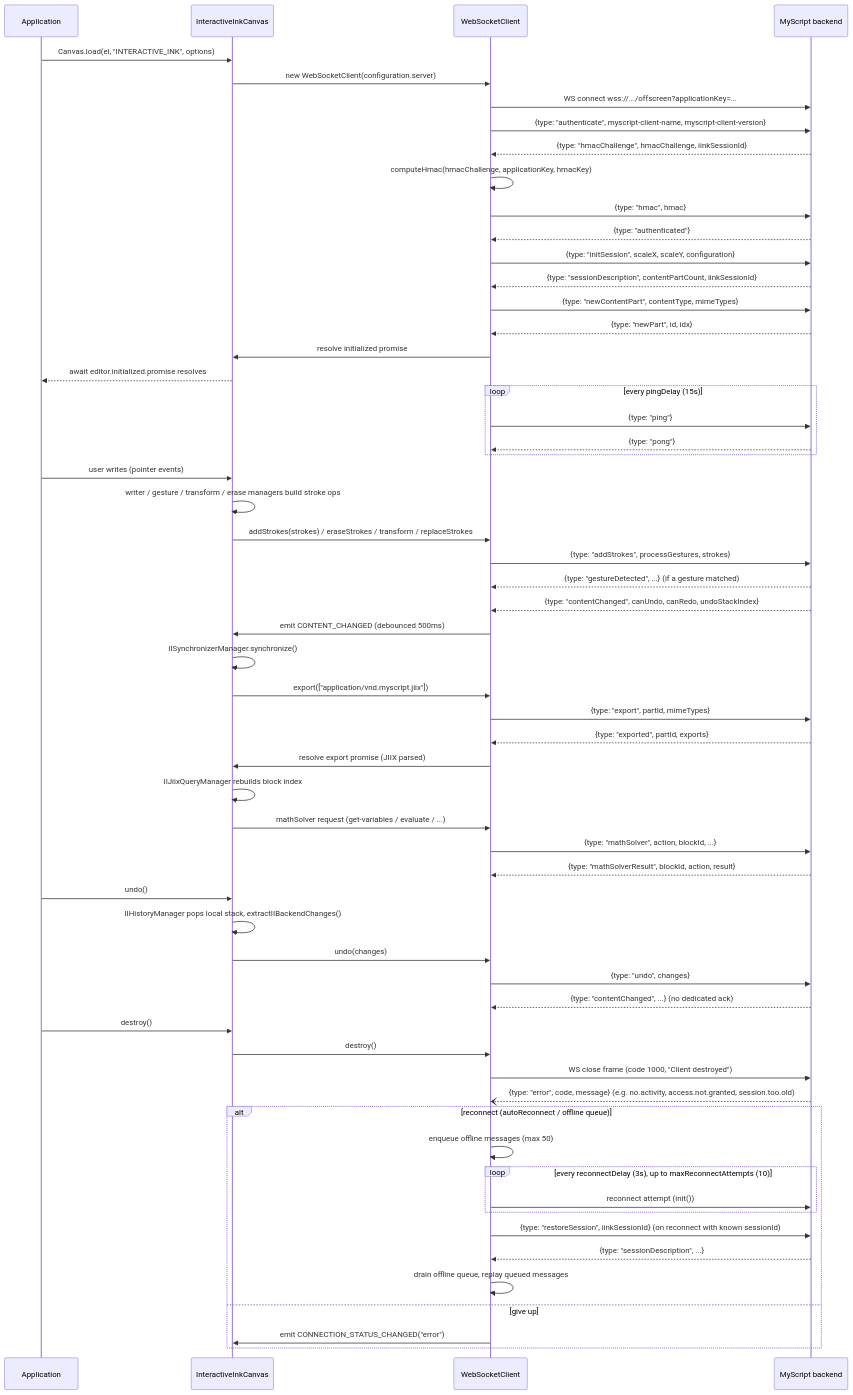
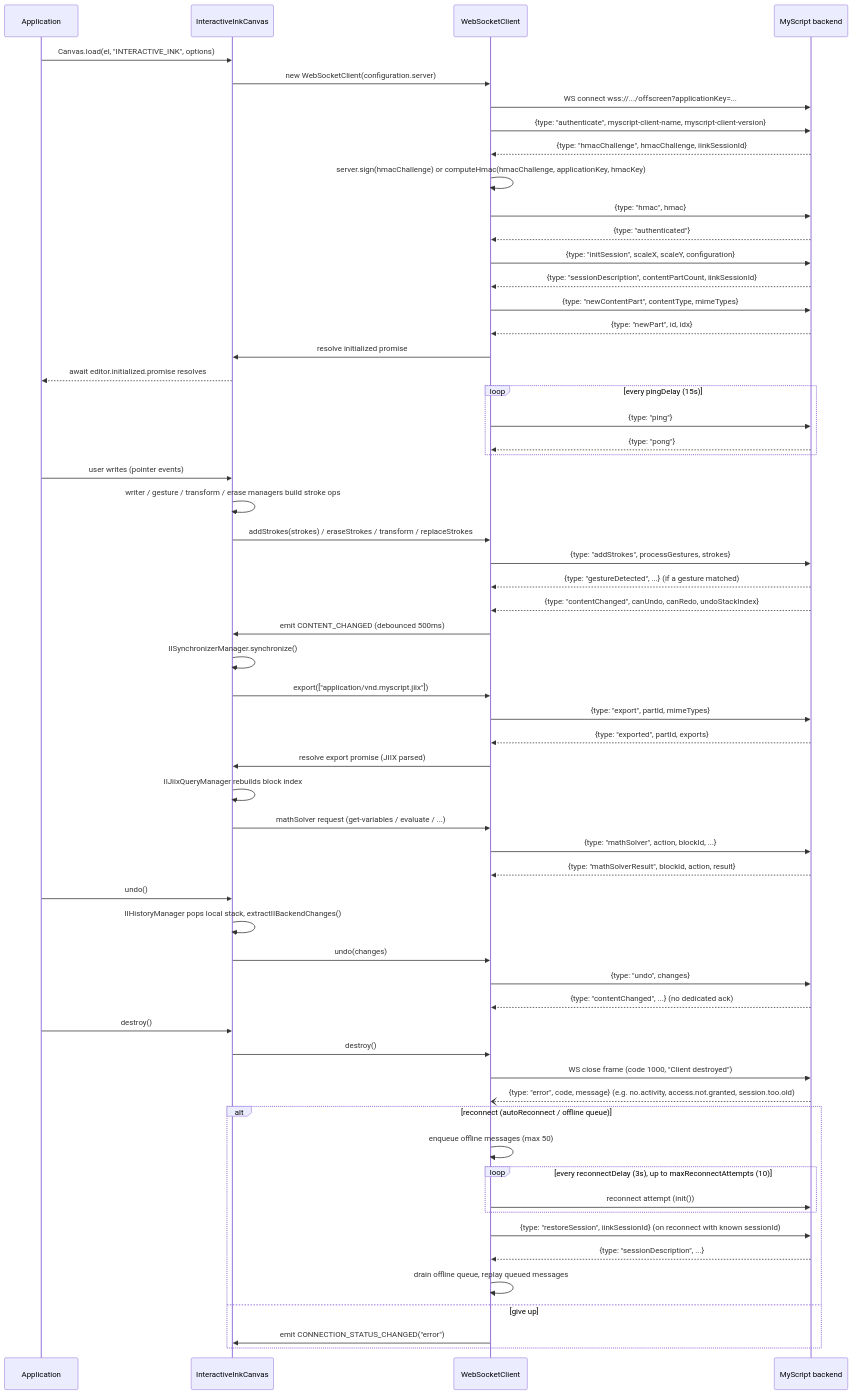
One commit to MyScript/iinkts-preprod changed the diagram in architecture/websocket-protocol.md. Above: the diagram before and after it, drawn with Mermaid. The commit also changed 21 other files, not shown here.

Commit message:
feat(client)!: sign HMAC on the integrator's server with server.sign, drop hmacKey function form IIC-2163

````diff
--- a/architecture/websocket-protocol.md
+++ b/architecture/websocket-protocol.md
@@ -7,79 +7,79 @@
 ```mermaid
 sequenceDiagram
     participant App as Application
     participant Canvas as InteractiveInkCanvas
     participant Client as WebSocketClient
     participant Server as MyScript backend
 
     %% 1. Connection + HMAC auth
     App->>Canvas: Canvas.load(el, "INTERACTIVE_INK", options)
     Canvas->>Client: new WebSocketClient(configuration.server)
     Client->>Server: WS connect wss://.../offscreen?applicationKey=...
     Client->>Server: {type: "authenticate", myscript-client-name, myscript-client-version}
     Server-->>Client: {type: "hmacChallenge", hmacChallenge, iinkSessionId}
-    Client->>Client: computeHmac(hmacChallenge, applicationKey, hmacKey)
+    Client->>Client: server.sign(hmacChallenge) or computeHmac(hmacChallenge, applicationKey, hmacKey)
     Client->>Server: {type: "hmac", hmac}
     Server-->>Client: {type: "authenticated"}
 
     %% 2. Session / content part init
     Client->>Server: {type: "initSession", scaleX, scaleY, configuration}
     Server-->>Client: {type: "sessionDescription", contentPartCount, iinkSessionId}
     Client->>Server: {type: "newContentPart", contentType, mimeTypes}
     Server-->>Client: {type: "newPart", id, idx}
     Client->>Canvas: resolve initialized promise
     Canvas-->>App: await editor.initialized.promise resolves
 
     %% keepalive (parallel, independent worker)
     loop every pingDelay (15s)
         Client->>Server: {type: "ping"}
         Server-->>Client: {type: "pong"}
     end
 
     %% 3. Stroke input + 4. real-time recognition
     App->>Canvas: user writes (pointer events)
     Canvas->>Canvas: writer / gesture / transform / erase managers build stroke ops
     Canvas->>Client: addStrokes(strokes) / eraseStrokes / transform / replaceStrokes
     Client->>Server: {type: "addStrokes", processGestures, strokes}
     Server-->>Client: {type: "gestureDetected", ...} (if a gesture matched)
     Server-->>Client: {type: "contentChanged", canUndo, canRedo, undoStackIndex}
     Client->>Canvas: emit CONTENT_CHANGED (debounced 500ms)
     Canvas->>Canvas: IISynchronizerManager.synchronize()
 
     %% 5. Export / JIIX
     Canvas->>Client: export(["application/vnd.myscript.jiix"])
     Client->>Server: {type: "export", partId, mimeTypes}
     Server-->>Client: {type: "exported", partId, exports}
     Client->>Canvas: resolve export promise (JIIX parsed)
     Canvas->>Canvas: IIJiixQueryManager rebuilds block index
 
     %% math solver round trip (optional, on-demand)
     Canvas->>Client: mathSolver request (get-variables / evaluate / ...)
     Client->>Server: {type: "mathSolver", action, blockId, ...}
     Server-->>Client: {type: "mathSolverResult", blockId, action, result}
 
     %% 6. Undo / redo (client-authoritative stack, round-tripped to server)
     App->>Canvas: undo()
     Canvas->>Canvas: IIHistoryManager pops local stack, extractIIBackendChanges()
     Canvas->>Client: undo(changes)
     Client->>Server: {type: "undo", changes}
     Server-->>Client: {type: "contentChanged", ...} (no dedicated ack)
 
     %% 7. Session close
     App->>Canvas: destroy()
     Canvas->>Client: destroy()
     Client->>Server: WS close frame (code 1000, "Client destroyed")
 
     %% 8. Error handling / reconnection
     Server--)Client: {type: "error", code, message} (e.g. no.activity, access.not.granted, session.too.old)
     alt reconnect (autoReconnect / offline queue)
         Client->>Client: enqueue offline messages (max 50)
         loop every reconnectDelay (3s), up to maxReconnectAttempts (10)
             Client->>Server: reconnect attempt (init())
         end
         Client->>Server: {type: "restoreSession", iinkSessionId} (on reconnect with known sessionId)
         Server-->>Client: {type: "sessionDescription", ...}
         Client->>Client: drain offline queue, replay queued messages
     else give up
         Client->>Canvas: emit CONNECTION_STATUS_CHANGED("error")
     end
 ```
````
